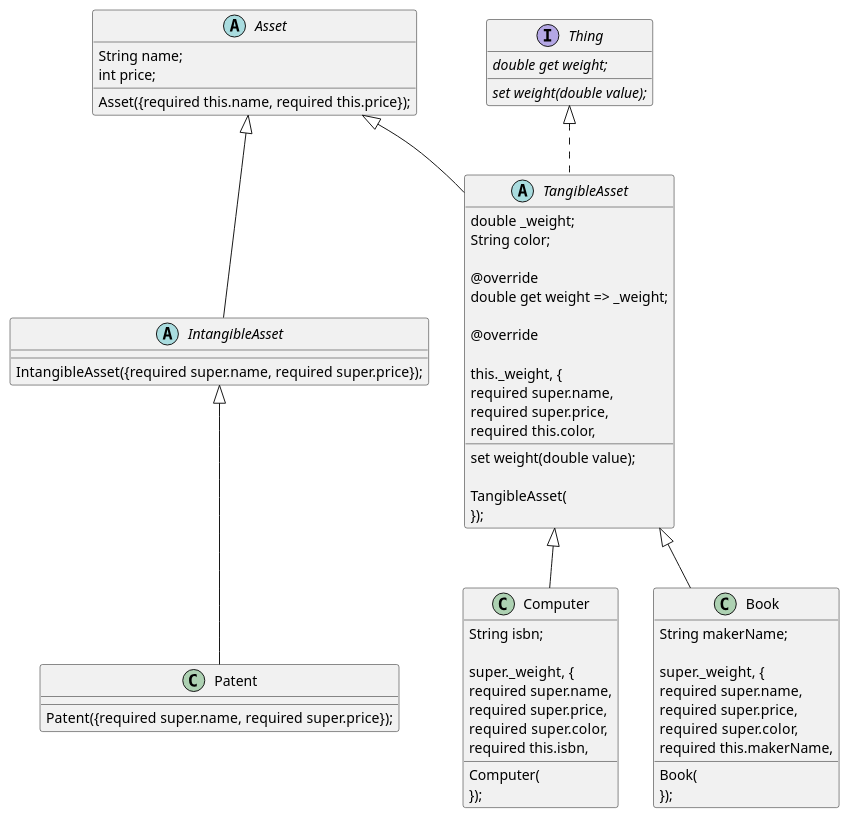
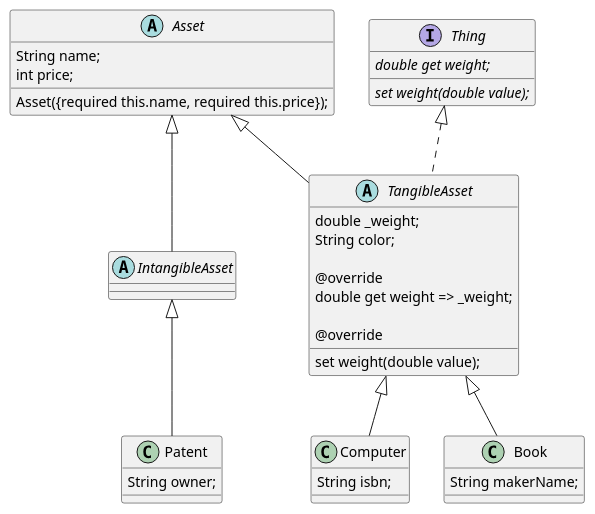
The diagram in plantUML/2025-03-19/asset.puml (SurvivalCodingCampus/modu-3-dart-study), drawn with PlantUML before and after one commit. The commit also changed 6 other files, not shown here.

```diff
--- a/plantUML/2025-03-19/asset.puml
+++ b/plantUML/2025-03-19/asset.puml
@@ -1,67 +1,42 @@
 @startuml asset
 
 scale 1
 
 abstract class Asset {
   String name;
   int price;
 
   Asset({required this.name, required this.price});
 }
 
-abstract class IntangibleAsset extends Asset {
-  IntangibleAsset({required super.name, required super.price});
-}
+abstract class IntangibleAsset extends Asset {}
 
 class Patent extends IntangibleAsset {
-  Patent({required super.name, required super.price});
+  String owner;
 }
 
 interface Thing {
   {abstract} double get weight;
   {abstract} set weight(double value);
 }
 
 abstract class TangibleAsset extends Asset implements Thing {
   double _weight;
   String color;
 
   @override
   double get weight => _weight;
 
   @override
   set weight(double value);
-
-  TangibleAsset(
-    this._weight, {
-    required super.name,
-    required super.price,
-    required this.color,
-  });
 }
 
 class Computer extends TangibleAsset {
   String isbn;
-
-  Computer(
-    super._weight, {
-    required super.name,
-    required super.price,
-    required super.color,
-    required this.isbn,
-  });
 }
 
 class Book extends TangibleAsset {
   String makerName;
-
-  Book(
-    super._weight, {
-    required super.name,
-    required super.price,
-    required super.color,
-    required this.makerName,
-  });
 }
 
 @enduml
```
